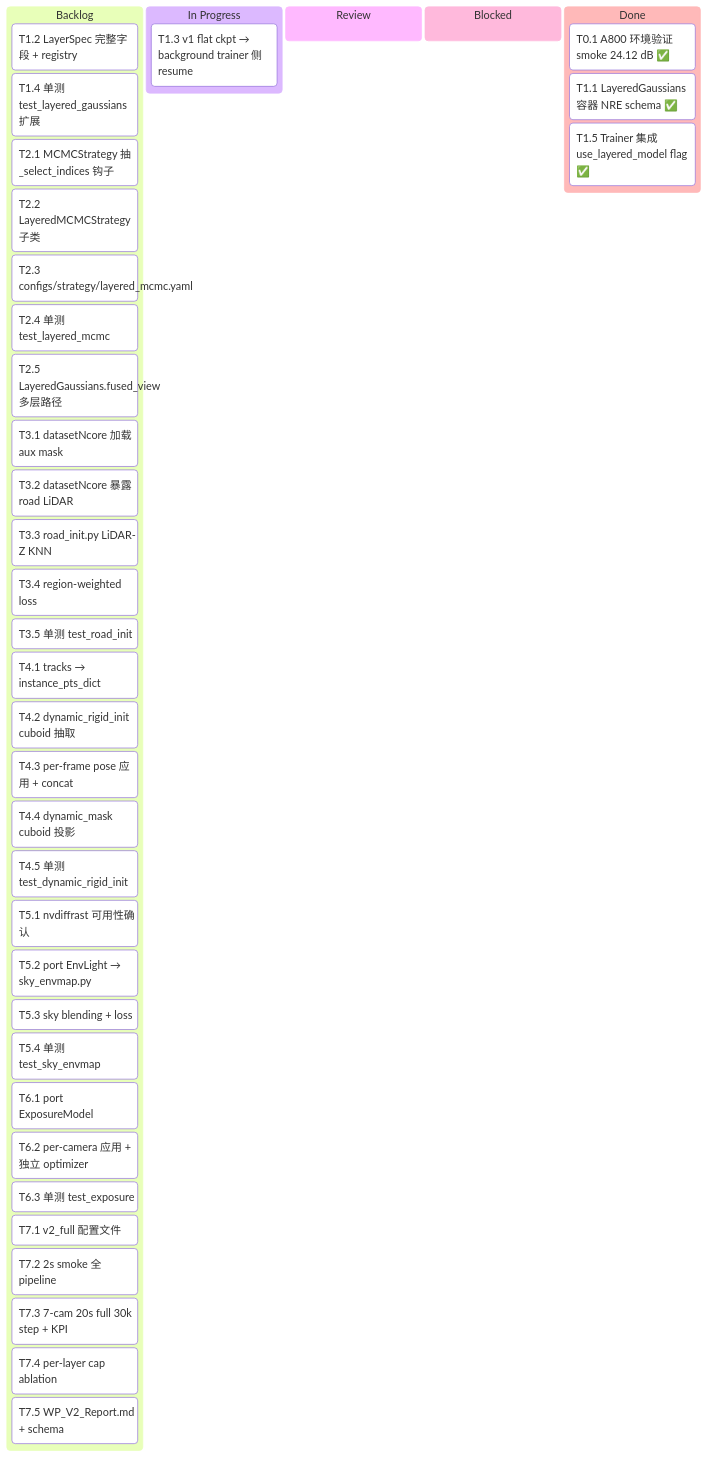
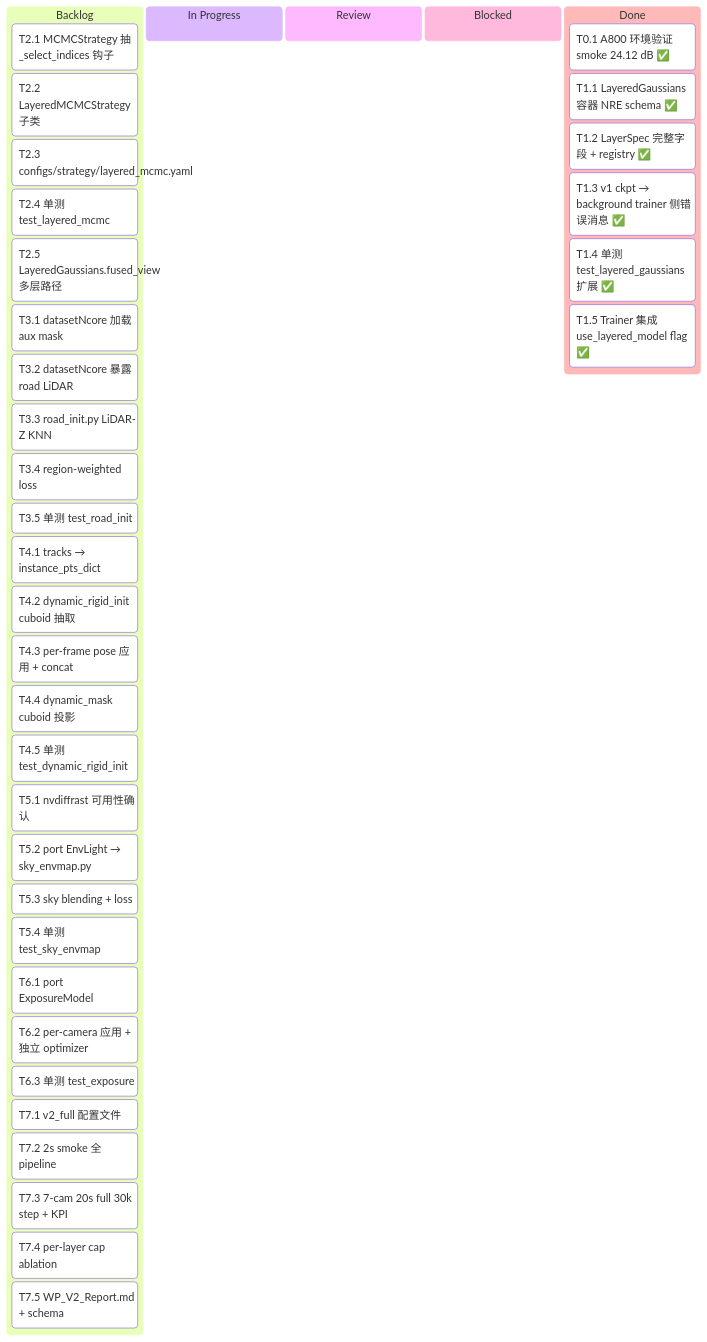
One commit to etendue/3dgrut changed the first of 3 diagrams in v2_plan.md. Above: the diagram before and after it, drawn with Mermaid. The commit also changed other lines of this file and 1 other file, not shown here.

````diff
--- a/v2_plan.md
+++ b/v2_plan.md
@@ -39,41 +39,41 @@
 ```mermaid
 kanban
   Backlog
-    [T1.2 LayerSpec 完整字段 + registry]
-    [T1.4 单测 test_layered_gaussians 扩展]
     [T2.1 MCMCStrategy 抽 _select_indices 钩子]
     [T2.2 LayeredMCMCStrategy 子类]
     [T2.3 configs/strategy/layered_mcmc.yaml]
     [T2.4 单测 test_layered_mcmc]
     [T2.5 LayeredGaussians.fused_view 多层路径]
     [T3.1 datasetNcore 加载 aux mask]
     [T3.2 datasetNcore 暴露 road LiDAR]
     [T3.3 road_init.py LiDAR-Z KNN]
     [T3.4 region-weighted loss]
     [T3.5 单测 test_road_init]
     [T4.1 tracks → instance_pts_dict]
     [T4.2 dynamic_rigid_init cuboid 抽取]
     [T4.3 per-frame pose 应用 + concat]
     [T4.4 dynamic_mask cuboid 投影]
     [T4.5 单测 test_dynamic_rigid_init]
     [T5.1 nvdiffrast 可用性确认]
     [T5.2 port EnvLight → sky_envmap.py]
     [T5.3 sky blending + loss]
     [T5.4 单测 test_sky_envmap]
     [T6.1 port ExposureModel]
     [T6.2 per-camera 应用 + 独立 optimizer]
     [T6.3 单测 test_exposure]
     [T7.1 v2_full 配置文件]
     [T7.2 2s smoke 全 pipeline]
     [T7.3 7-cam 20s full 30k step + KPI]
     [T7.4 per-layer cap ablation]
     [T7.5 WP_V2_Report.md + schema]
   In Progress
-    [T1.3 v1 flat ckpt → background trainer 侧 resume]
   Review
   Blocked
   Done
     [T0.1 A800 环境验证 smoke 24.12 dB ✅]
     [T1.1 LayeredGaussians 容器 NRE schema ✅]
+    [T1.2 LayerSpec 完整字段 + registry ✅]
+    [T1.3 v1 ckpt → background trainer 侧错误消息 ✅]
+    [T1.4 单测 test_layered_gaussians 扩展 ✅]
     [T1.5 Trainer 集成 use_layered_model flag ✅]
 ```
````
